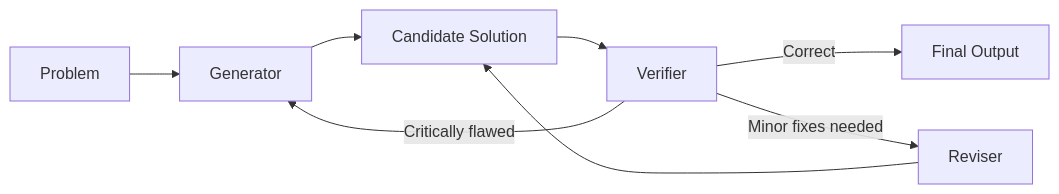
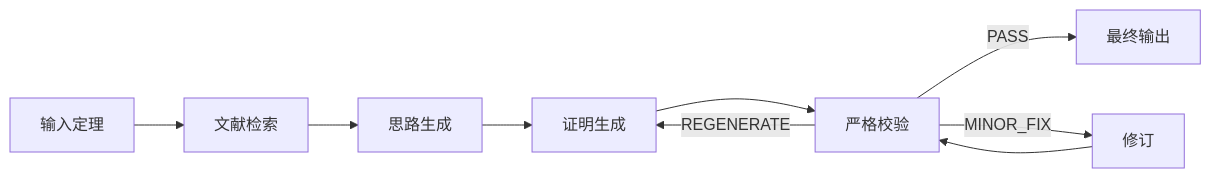
One commit to yangheihei2/- changed the diagram in README.md. Above: the diagram before and after it, drawn with Mermaid. The commit also changed other lines of this file and 8 other files, not shown here.

````diff
--- a/README.md
+++ b/README.md
@@ -35,10 +12,11 @@
 ```mermaid
 flowchart LR
-  P[Problem] --> G[Generator]
-  G --> C[Candidate Solution]
-  C --> V[Verifier]
-  V -->|Correct| F[Final Output]
-  V -->|Minor fixes needed| R[Reviser]
-  R --> C
-  V -->|Critically flawed| G
+  P[输入定理] --> L[文献检索]
+  L --> I[思路生成]
+  I --> G[证明生成]
+  G --> V[严格校验]
+  V -->|PASS| F[最终输出]
+  V -->|MINOR_FIX| R[修订]
+  R --> V
+  V -->|REGENERATE| G
 ```
````
